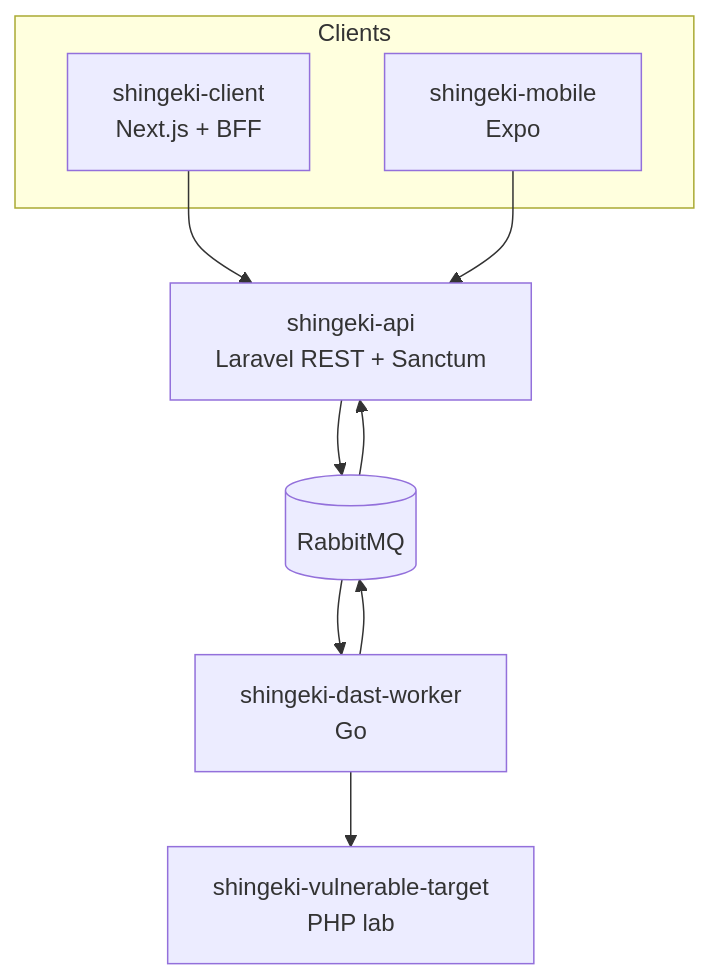
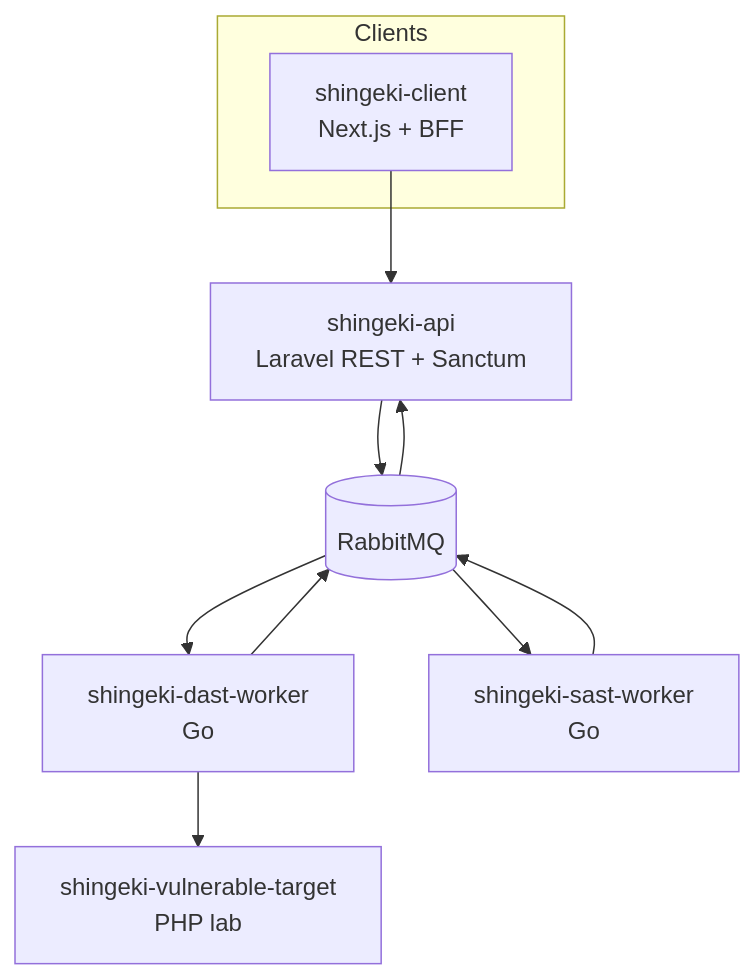
Before and after one commit to AllanCordova/shingeki: the diagram in docs/ARCHITECTURE.md, drawn with Mermaid. The commit also changed other lines of this file and 108 other files, not shown here.

Commit message:
chore: remove shingeki-mobile and update documentation

````diff
--- a/docs/ARCHITECTURE.md
+++ b/docs/ARCHITECTURE.md
@@ -7,18 +7,19 @@
 ```mermaid
 flowchart TB
   subgraph clients [Clients]
     Web[shingeki-client\nNext.js + BFF]
-    Mobile[shingeki-mobile\nExpo]
   end
   API[shingeki-api\nLaravel REST + Sanctum]
   Queue[(RabbitMQ)]
-  Worker[shingeki-dast-worker\nGo]
+  DastWorker[shingeki-dast-worker\nGo]
+  SastWorker[shingeki-sast-worker\nGo]
   Target[shingeki-vulnerable-target\nPHP lab]
   Web --> API
-  Mobile --> API
   API --> Queue
-  Queue --> Worker
-  Worker --> Target
-  Worker --> Queue
+  Queue --> DastWorker
+  Queue --> SastWorker
+  DastWorker --> Target
+  DastWorker --> Queue
+  SastWorker --> Queue
   Queue --> API
 ```
````
